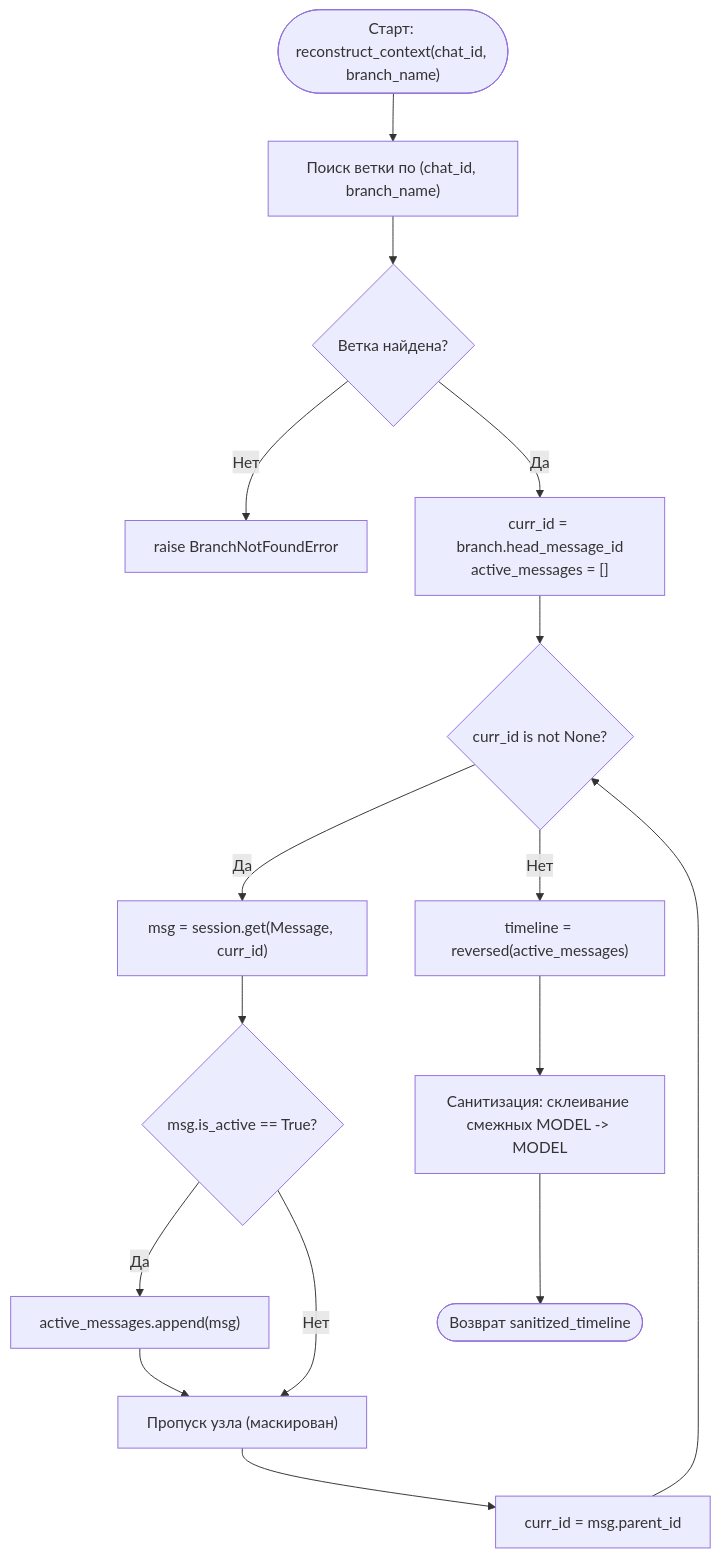
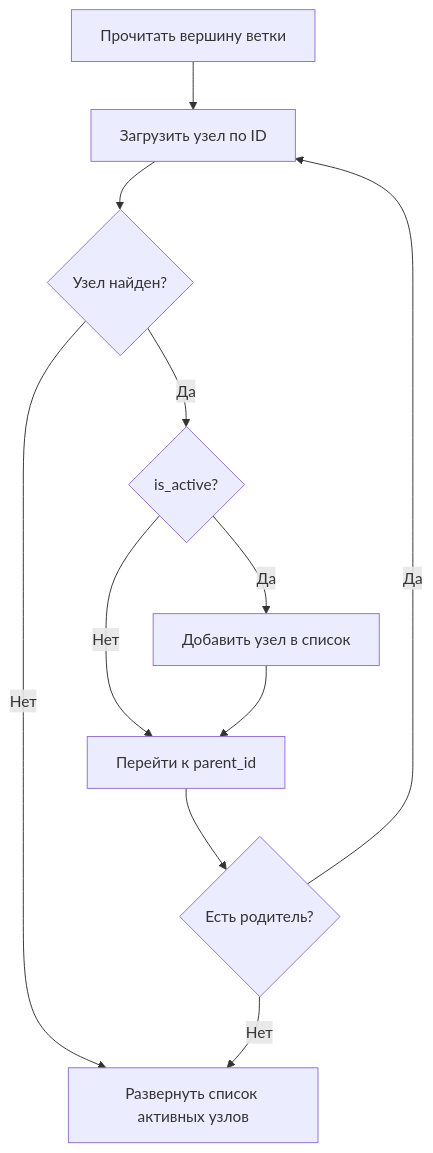
Before and after one commit to Curr3ncyV01D/exocortex: the first of 3 diagrams in docs/spec_crud_graph.md, drawn with Mermaid. The commit also changed other lines of this file and 2 other files, not shown here.

````diff
--- a/docs/spec_crud_graph.md
+++ b/docs/spec_crud_graph.md
@@ -63,20 +34,13 @@
 ```mermaid
 flowchart TD
-    Start(["Старт: reconstruct_context(chat_id, branch_name)"]) --> FetchBranch["Поиск ветки по (chat_id, branch_name)"]
-    FetchBranch --> CheckBranch{"Ветка найдена?"}
-    CheckBranch -- Нет --> ErrBranch["raise BranchNotFoundError"]
-    CheckBranch -- Да --> InitPointer["curr_id = branch.head_message_id\nactive_messages = []"]
-
-    InitPointer --> LoopCheck{"curr_id is not None?"}
-    LoopCheck -- Да --> FetchMsg["msg = session.get(Message, curr_id)"]
-    FetchMsg --> CheckActive{"msg.is_active == True?"}
-    CheckActive -- Да --> AppendMsg["active_messages.append(msg)"]
-    CheckActive -- Нет --> NextStep["Пропуск узла (маскирован)"]
-    AppendMsg --> NextStep
-    NextStep --> StepParent["curr_id = msg.parent_id"]
-    StepParent --> LoopCheck
-
-    LoopCheck -- Нет --> ReverseList["timeline = reversed(active_messages)"]
-    ReverseList --> Sanitize["Санитизация: склеивание смежных MODEL -> MODEL"]
-    Sanitize --> ReturnList(["Возврат sanitized_timeline"])
+    Start["Прочитать вершину ветки"] --> Fetch["Загрузить узел по ID"]
+    Fetch --> Found{"Узел найден?"}
+    Found -- Нет --> Reverse["Развернуть список активных узлов"]
+    Found -- Да --> Active{"is_active?"}
+    Active -- Да --> Add["Добавить узел в список"]
+    Active -- Нет --> Parent["Перейти к parent_id"]
+    Add --> Parent
+    Parent --> HasParent{"Есть родитель?"}
+    HasParent -- Да --> Fetch
+    HasParent -- Нет --> Reverse
 ```
````
